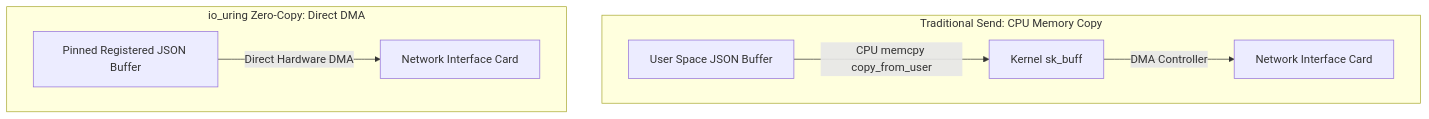
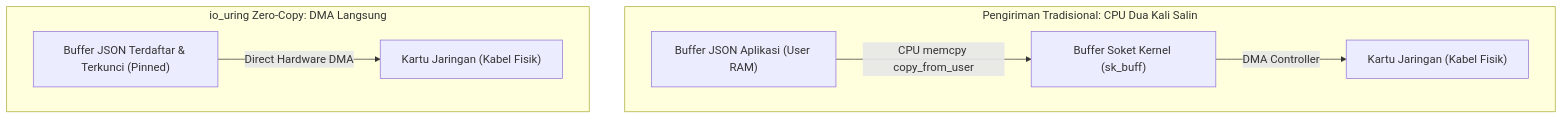
One commit to ihkaru/human-gradient-descent changed the fourth of 4 diagrams in examples/rust_io_uring.md. Above: the diagram before and after it, drawn with Mermaid. The commit also changed other lines of this file and 31 other files, not shown here.

````diff
--- a/examples/rust_io_uring.md
+++ b/examples/rust_io_uring.md
@@ -173,10 +292,10 @@
 ```mermaid
 flowchart TD
-    subgraph Traditional["Traditional Send: CPU Memory Copy"]
-        UB["User Space JSON Buffer"] -->|CPU memcpy copy_from_user| KB["Kernel sk_buff"]
-        KB -->|DMA Controller| NIC_T["Network Interface Card"]
+    subgraph Traditional["Pengiriman Tradisional: CPU Dua Kali Salin"]
+        UB["Buffer JSON Aplikasi (User RAM)"] -->|CPU memcpy copy_from_user| KB["Buffer Soket Kernel (sk_buff)"]
+        KB -->|DMA Controller| NIC_T["Kartu Jaringan (Kabel Fisik)"]
     end
-    subgraph ZeroCopy["io_uring Zero-Copy: Direct DMA"]
-        RegBuf["Pinned Registered JSON Buffer"] -->|Direct Hardware DMA| NIC_ZC["Network Interface Card"]
+    subgraph ZeroCopy["io_uring Zero-Copy: DMA Langsung"]
+        RegBuf["Buffer JSON Terdaftar & Terkunci (Pinned)"] -->|Direct Hardware DMA| NIC_ZC["Kartu Jaringan (Kabel Fisik)"]
     end
 ```
````
